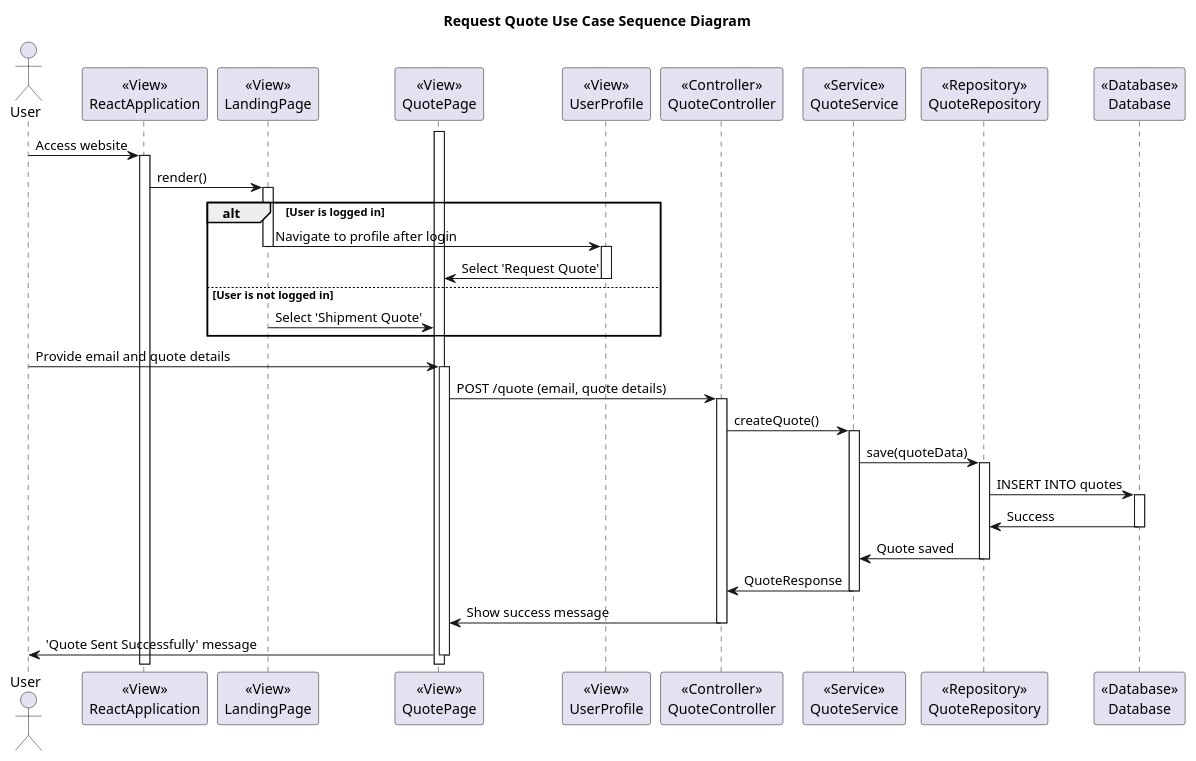
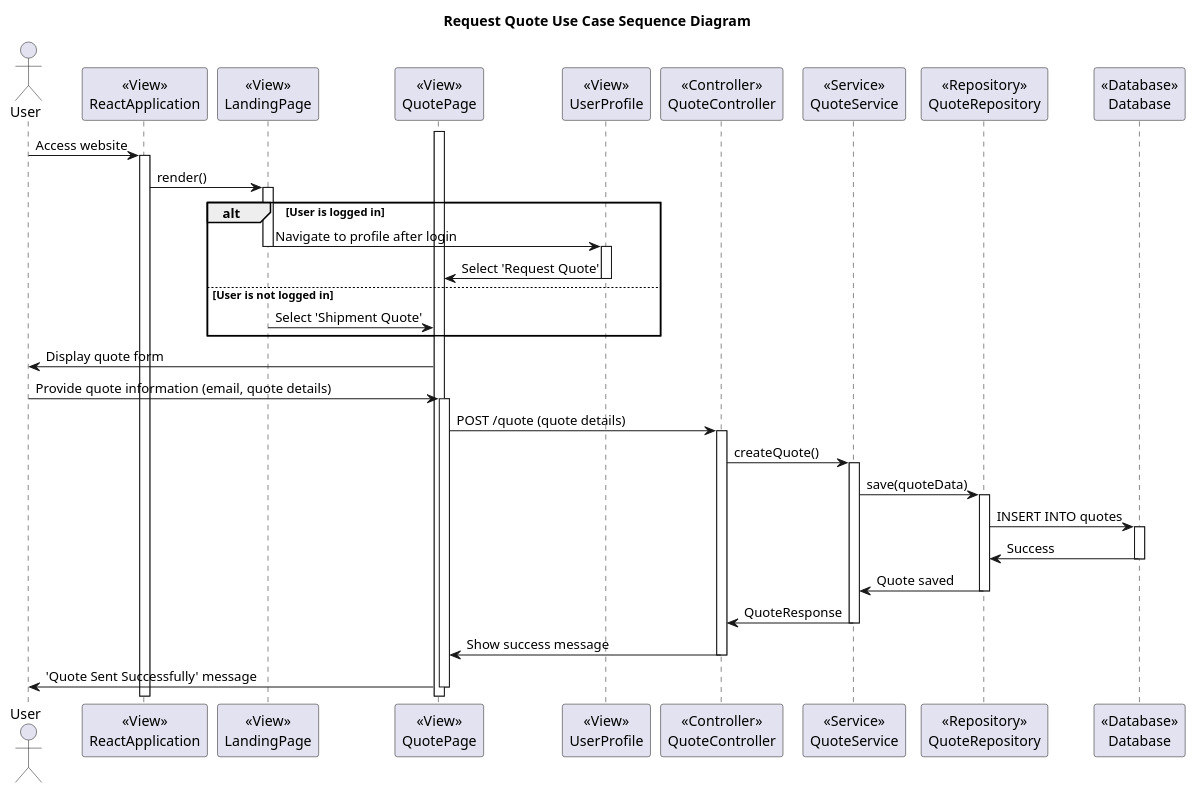
The diagram in Diagrams/Sprints/Sprint_1-Request_Quote/Design-lvl-SSD.puml (nic5694/MovingExpress), drawn with PlantUML before and after one commit. The commit also changed 2 other files, not shown here.

```diff
--- a/Diagrams/Sprints/Sprint_1-Request_Quote/Design-lvl-SSD.puml
+++ b/Diagrams/Sprints/Sprint_1-Request_Quote/Design-lvl-SSD.puml
@@ -1,62 +1,63 @@
 @startuml
 title Request Quote Use Case Sequence Diagram
 
 actor User
 
 participant ReactApplication as "<<View>>\nReactApplication"
 participant LandingPage as "<<View>>\nLandingPage"
 participant QuotePage as "<<View>>\nQuotePage"
 participant UserProfile as "<<View>>\nUserProfile"
 participant QuoteController as "<<Controller>>\nQuoteController"
 participant QuoteService as "<<Service>>\nQuoteService"
 participant QuoteRepository as "<<Repository>>\nQuoteRepository"
 participant Database as "<<Database>>\nDatabase"
 
 User -> ReactApplication : Access website
 activate ReactApplication
 
 ReactApplication -> LandingPage : render()
 activate LandingPage
 
 alt User is logged in
     LandingPage -> UserProfile : Navigate to profile after login
     deactivate LandingPage
     activate UserProfile
     UserProfile -> QuotePage : Select 'Request Quote'
     deactivate UserProfile
 else User is not logged in
     LandingPage -> QuotePage : Select 'Shipment Quote'
     deactivate LandingPage
 end
 activate QuotePage
 
-User -> QuotePage : Provide email and quote details
+QuotePage -> User : Display quote form
+User -> QuotePage : Provide quote information (email, quote details)
 activate QuotePage
 
-QuotePage -> QuoteController : POST /quote (email, quote details)
+QuotePage -> QuoteController : POST /quote (quote details)
 activate QuoteController
 
 QuoteController -> QuoteService : createQuote()
 activate QuoteService
 
 QuoteService -> QuoteRepository : save(quoteData)
 activate QuoteRepository
 
 QuoteRepository -> Database : INSERT INTO quotes
 activate Database
 Database -> QuoteRepository : Success
 deactivate Database
 
 QuoteRepository -> QuoteService : Quote saved
 deactivate QuoteRepository
 
 QuoteService -> QuoteController : QuoteResponse
 deactivate QuoteService
 
 QuoteController -> QuotePage : Show success message
 deactivate QuoteController
 
 QuotePage -> User : 'Quote Sent Successfully' message
 deactivate QuotePage
 
 @enduml
```
